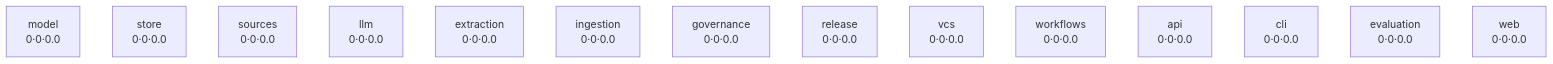
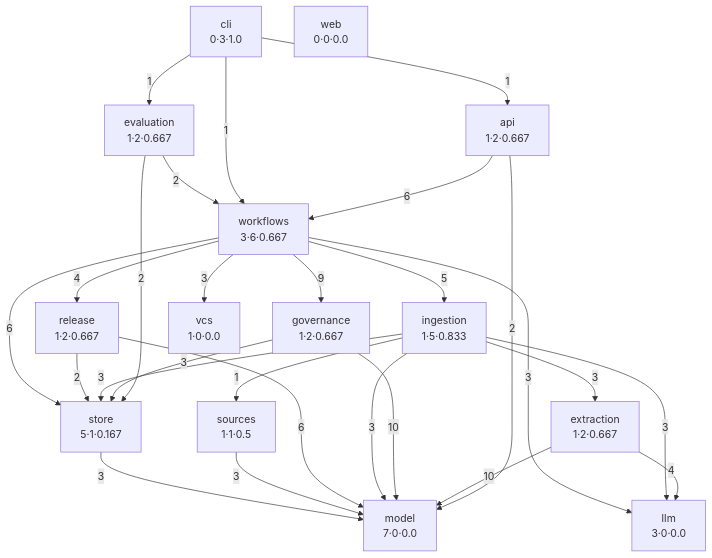
Before and after one commit to belaboros/DomainAiAssistant: the third of 4 diagrams in apps/ontology-builder/docs/architecture/architecture.md, drawn with Mermaid. The commit also changed other lines of this file and 39 other files, not shown here.

````diff
--- a/apps/ontology-builder/docs/architecture/architecture.md
+++ b/apps/ontology-builder/docs/architecture/architecture.md
@@ -107,17 +107,43 @@
 ```mermaid
 flowchart TD
-  model["model<br/>0·0·0.0"]
-  store["store<br/>0·0·0.0"]
-  sources["sources<br/>0·0·0.0"]
-  llm["llm<br/>0·0·0.0"]
-  extraction["extraction<br/>0·0·0.0"]
-  ingestion["ingestion<br/>0·0·0.0"]
-  governance["governance<br/>0·0·0.0"]
-  release["release<br/>0·0·0.0"]
-  vcs["vcs<br/>0·0·0.0"]
-  workflows["workflows<br/>0·0·0.0"]
-  api["api<br/>0·0·0.0"]
-  cli["cli<br/>0·0·0.0"]
-  evaluation["evaluation<br/>0·0·0.0"]
+  model["model<br/>7·0·0.0"]
+  store["store<br/>5·1·0.167"]
+  sources["sources<br/>1·1·0.5"]
+  llm["llm<br/>3·0·0.0"]
+  extraction["extraction<br/>1·2·0.667"]
+  ingestion["ingestion<br/>1·5·0.833"]
+  governance["governance<br/>1·2·0.667"]
+  release["release<br/>1·2·0.667"]
+  vcs["vcs<br/>1·0·0.0"]
+  workflows["workflows<br/>3·6·0.667"]
+  api["api<br/>1·2·0.667"]
+  cli["cli<br/>0·3·1.0"]
+  evaluation["evaluation<br/>1·2·0.667"]
   web["web<br/>0·0·0.0"]
+  api -->|2| model
+  api -->|6| workflows
+  cli -->|1| api
+  cli -->|1| evaluation
+  cli -->|1| workflows
+  evaluation -->|2| store
+  evaluation -->|2| workflows
+  extraction -->|4| llm
+  extraction -->|10| model
+  governance -->|10| model
+  governance -->|3| store
+  ingestion -->|3| extraction
+  ingestion -->|3| llm
+  ingestion -->|3| model
+  ingestion -->|1| sources
+  ingestion -->|3| store
+  release -->|6| model
+  release -->|2| store
+  sources -->|3| model
+  store -->|3| model
+  workflows -->|9| governance
+  workflows -->|5| ingestion
+  workflows -->|3| llm
+  workflows -->|4| release
+  workflows -->|6| store
+  workflows -->|3| vcs
 ```
````
